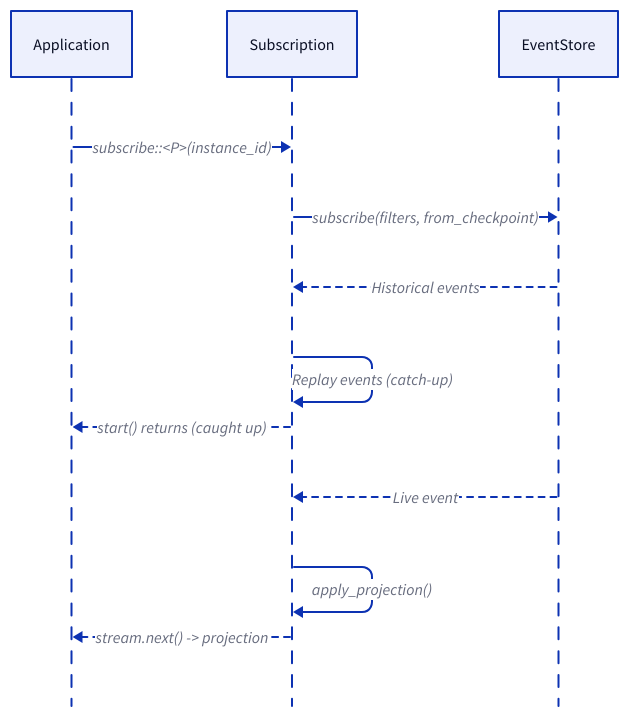
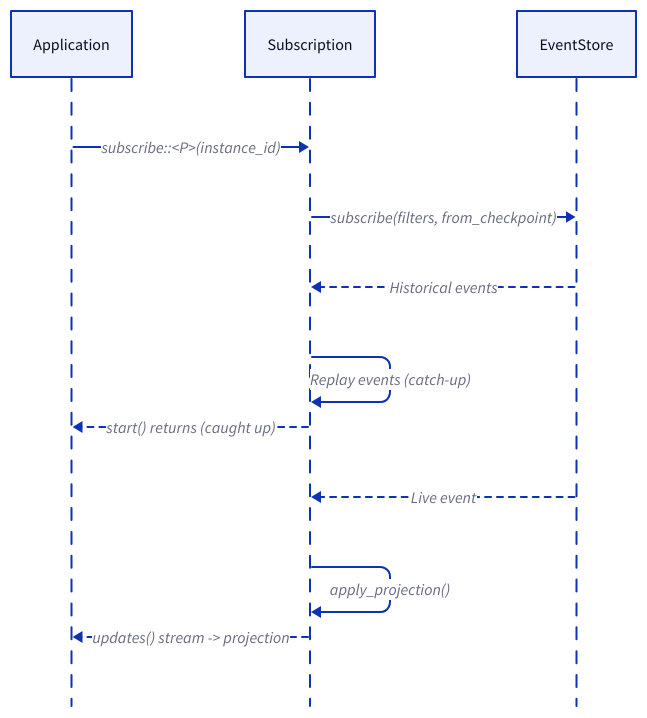
One commit to danieleades/sourcery changed the diagram in docs/src/advanced/subscriptions.md. Above: the diagram before and after it, drawn with D2. The commit also changed other lines of this file and 18 other files, not shown here.

````diff
--- a/docs/src/advanced/subscriptions.md
+++ b/docs/src/advanced/subscriptions.md
@@ -33,16 +37,16 @@
 ```d2
 shape: sequence_diagram
 
 App: Application
 Sub: Subscription
 Store: EventStore
 
 App -> Sub: "subscribe::<P>(instance_id)"
 Sub -> Store: "subscribe(filters, from_checkpoint)"
 Store -> Sub: "Historical events" {style.stroke-dash: 3}
 Sub -> Sub: "Replay events (catch-up)"
 Sub -> App: "start() returns (caught up)" {style.stroke-dash: 3}
 Store -> Sub: "Live event" {style.stroke-dash: 3}
 Sub -> Sub: "apply_projection()"
-Sub -> App: "stream.next() -> projection" {style.stroke-dash: 3}
+Sub -> App: "updates() stream -> projection" {style.stroke-dash: 3}
 ```
````
